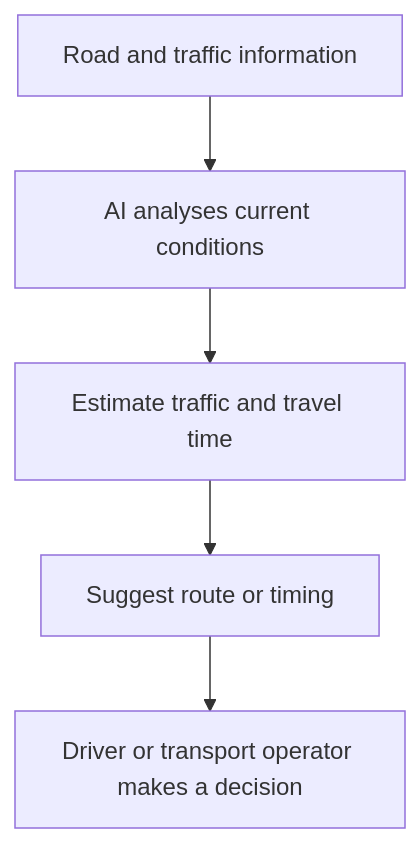
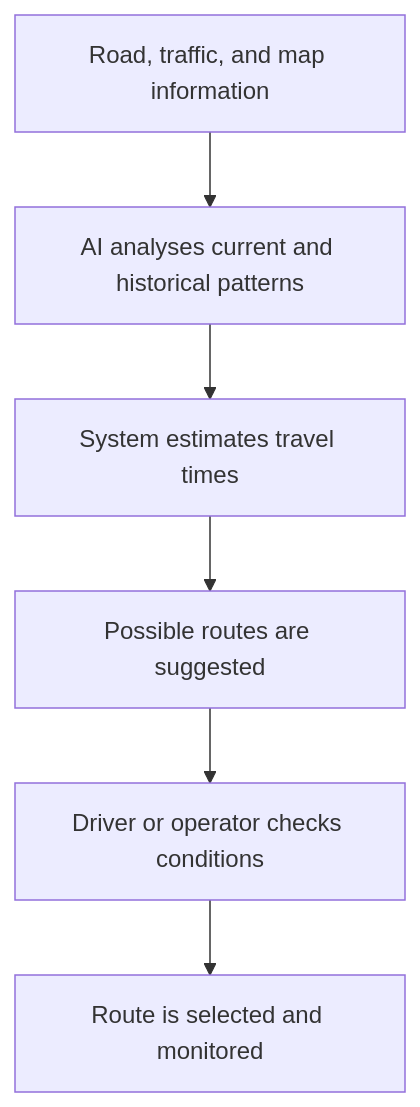
The fourth of 6 diagrams in content/03_applications-of-ai.md (NicolausLionel/SLN), drawn with Mermaid before and after one commit. The commit also changed other lines of this file, not shown here.

````diff
--- a/content/03_applications-of-ai.md
+++ b/content/03_applications-of-ai.md
@@ -163,7 +360,8 @@
 ```mermaid
 flowchart TD
- A[Road and traffic information] --> B[AI analyses current conditions]
- B --> C[Estimate traffic and travel time]
- C --> D[Suggest route or timing]
- D --> E[Driver or transport operator makes a decision]
+ A[Road, traffic, and map information] --> B[AI analyses current and historical patterns]
+ B --> C[System estimates travel times]
+ C --> D[Possible routes are suggested]
+ D --> E[Driver or operator checks conditions]
+ E --> F[Route is selected and monitored]
 ```
````
